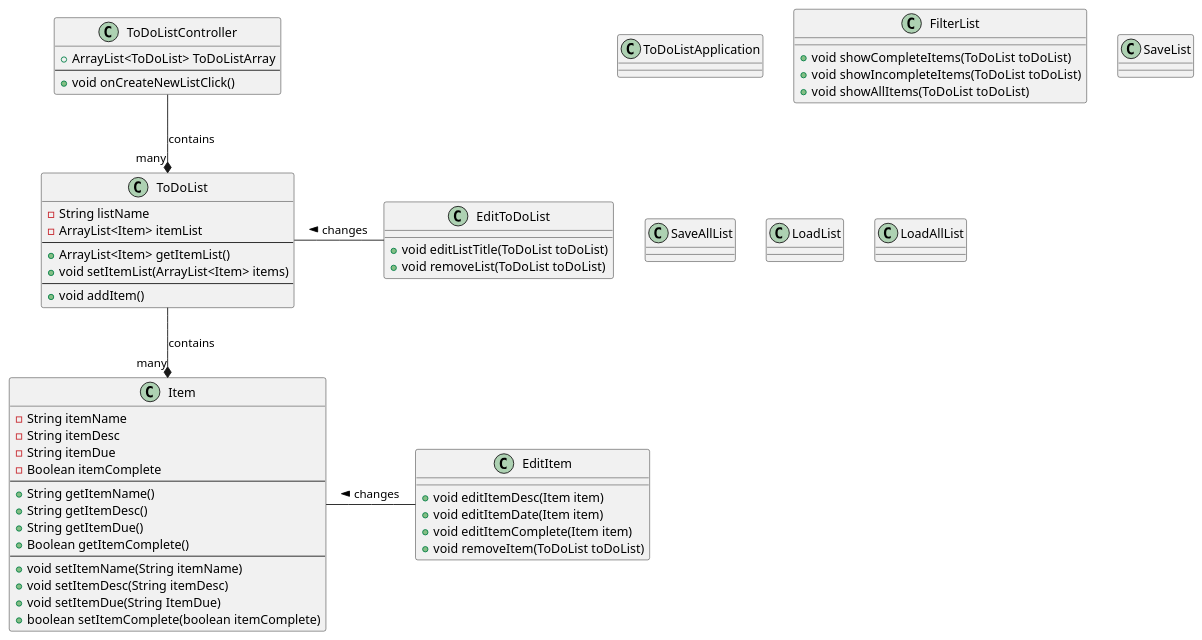
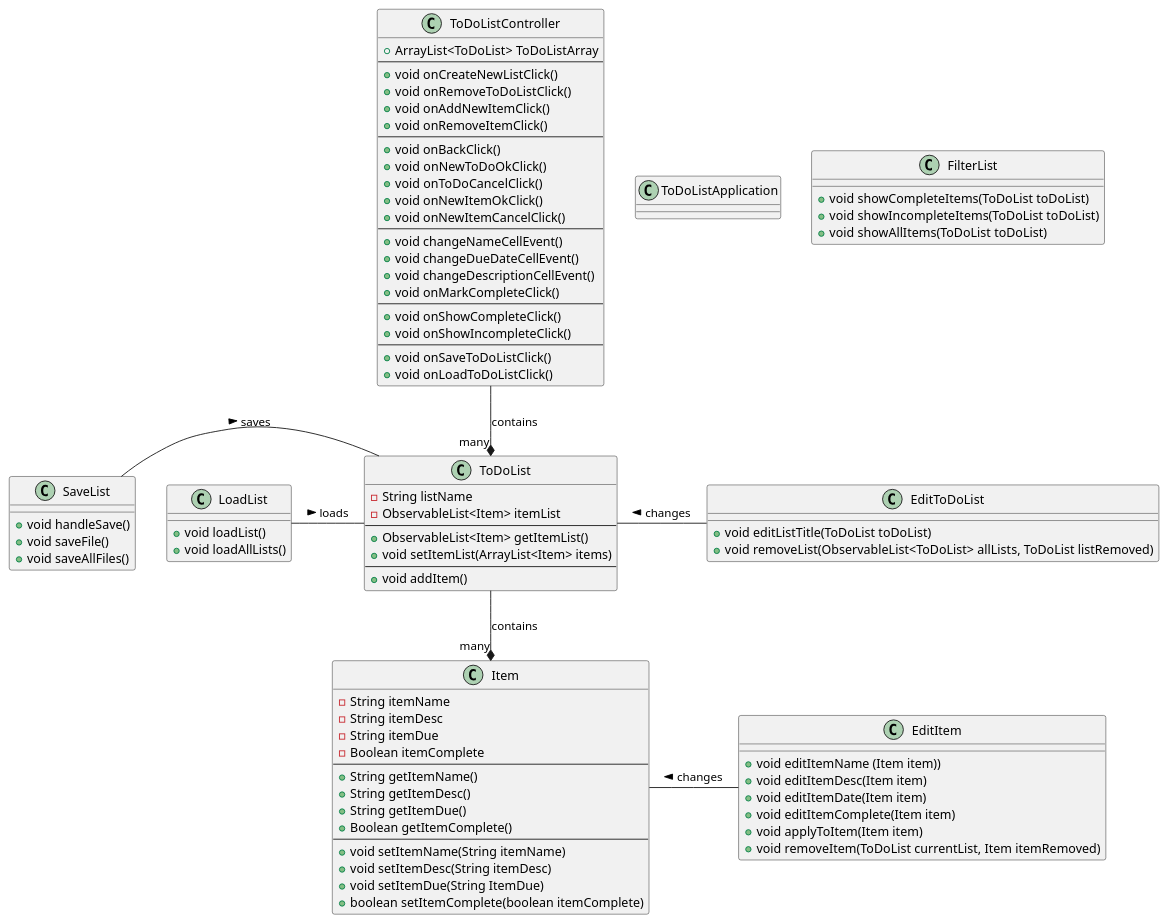
The diagram in uml/appuml.puml (BMurph04/murphy-cop3330-assignment4part2), drawn with PlantUML before and after one commit. The commit also changed 16 other files, not shown here.

```diff
--- a/uml/appuml.puml
+++ b/uml/appuml.puml
@@ -1,69 +1,98 @@
 @startuml
 class ToDoListApplication{
 }
 
 class ToDoListController{
     +ArrayList<ToDoList> ToDoListArray
     --
     +void onCreateNewListClick()
+    +void onRemoveToDoListClick()
+    +void onAddNewItemClick()
+    +void onRemoveItemClick()
+    --
+    +void onBackClick()
+    +void onNewToDoOkClick()
+    +void onToDoCancelClick()
+    +void onNewItemOkClick()
+    +void onNewItemCancelClick()
+    --
+    +void changeNameCellEvent()
+    +void changeDueDateCellEvent()
+    +void changeDescriptionCellEvent()
+    +void onMarkCompleteClick()
+    --
+    +void onShowCompleteClick()
+    +void onShowIncompleteClick()
+    --
+    +void onSaveToDoListClick()
+    +void onLoadToDoListClick()
 }
 
 ToDoListController --* ToDoList : contains "many"
 
 class ToDoList{
     -String listName
-    -ArrayList<Item> itemList
+    -ObservableList<Item> itemList
     --
-    +ArrayList<Item> getItemList()
+    +ObservableList<Item> getItemList()
     +void setItemList(ArrayList<Item> items)
     --
     +void addItem()
 }
 ToDoList - EditToDoList : changes <
 class EditToDoList{
     +void editListTitle(ToDoList toDoList)
-    +void removeList(ToDoList toDoList)
+    +void removeList(ObservableList<ToDoList> allLists, ToDoList listRemoved)
 }
+SaveList - ToDoList : saves >
+LoadList - ToDoList : loads >
+
 
 ToDoList --* Item : contains "many"
 
 class Item{
     -String itemName
     -String itemDesc
     -String itemDue
     -Boolean itemComplete
     --
     +String getItemName()
     +String getItemDesc()
     +String getItemDue()
     +Boolean getItemComplete()
     --
     +void setItemName(String itemName)
     +void setItemDesc(String itemDesc)
     +void setItemDue(String ItemDue)
     +boolean setItemComplete(boolean itemComplete)
 }
 Item - EditItem : changes <
 class EditItem{
+    +void editItemName (Item item))
     +void editItemDesc(Item item)
     +void editItemDate(Item item)
     +void editItemComplete(Item item)
-    +void removeItem(ToDoList toDoList)
+    +void applyToItem(Item item)
+    +void removeItem(ToDoList currentList, Item itemRemoved)
 }
 
 
 class FilterList{
     +void showCompleteItems(ToDoList toDoList)
     +void showIncompleteItems(ToDoList toDoList)
     +void showAllItems(ToDoList toDoList)
 }
 
-class SaveList{}
+class SaveList{
+    +void handleSave()
+    +void saveFile()
+    +void saveAllFiles()
+}
 
-class SaveAllList{}
+class LoadList{
+    +void loadList()
+    +void loadAllLists()
+}
 
-class LoadList{}
-
-class LoadAllList{}
 
 @enduml
```
